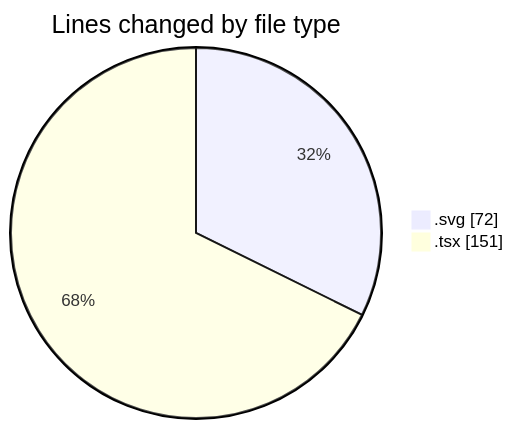
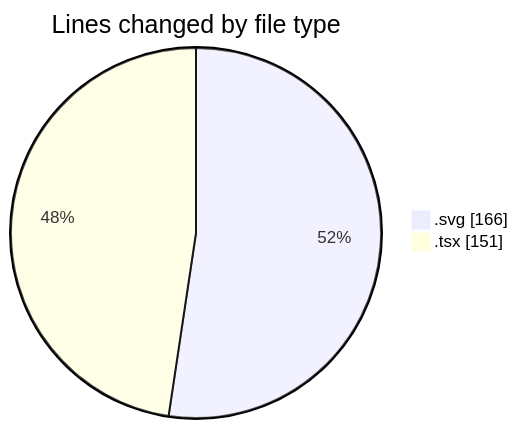
One commit to EIIisD/code-tracking changed the first of 2 diagrams in 2025-08-06/tw-server/README.md. Above: the diagram before and after it, drawn with Mermaid. The commit also changed other lines of this file and 1 other file, not shown here.

````diff
--- a/2025-08-06/tw-server/README.md
+++ b/2025-08-06/tw-server/README.md
@@ -21,6 +22,6 @@
 ```mermaid
 pie showData
 title Lines changed by file type
-".svg" : 72
+".svg" : 166
 ".tsx" : 151
 ```
````
